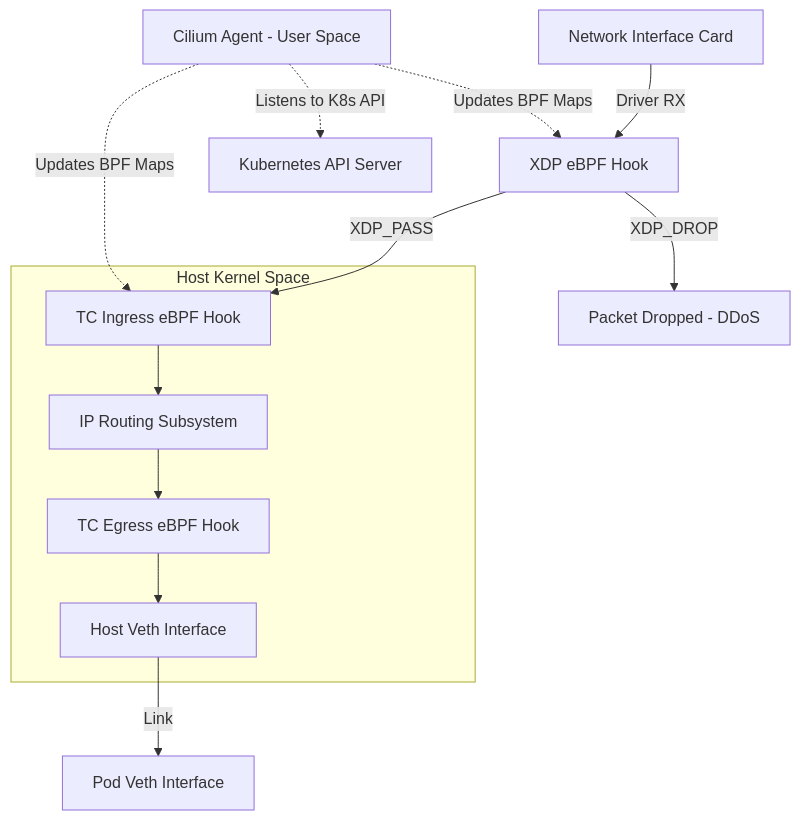
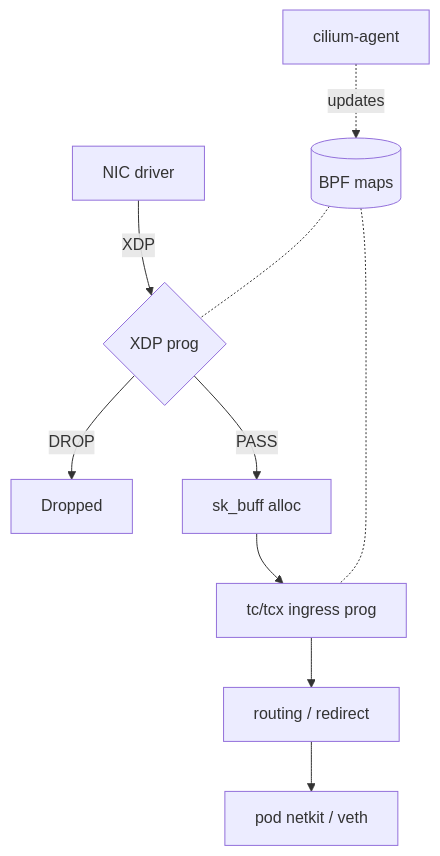
The diagram in skills/cloud-native/ebpf-networking/SKILL.md (j4flmao/agent-skills), drawn with Mermaid before and after one commit. The commit also changed other lines of this file and 1218 other files, not shown here.

````diff
--- a/skills/cloud-native/ebpf-networking/SKILL.md
+++ b/skills/cloud-native/ebpf-networking/SKILL.md
@@ -23,19 +61,12 @@
 ```mermaid
-%%{init: {"theme": "default", "flowchart": {"useMaxWidth": true}}}%%
 flowchart TD
-    NIC[Network Interface Card] -->|Driver RX| XDP[XDP eBPF Hook]
-    XDP -->|XDP_PASS| TC_Ingress[TC Ingress eBPF Hook]
-    XDP -->|XDP_DROP| Dropped[Packet Dropped - DDoS]
-    
-    subgraph "Host Kernel Space"
-        TC_Ingress --> Routing[IP Routing Subsystem]
-        Routing --> TC_Egress[TC Egress eBPF Hook]
-        TC_Egress --> VethHost[Host Veth Interface]
-    end
-    
-    VethHost -- Link --> VethPod[Pod Veth Interface]
-    
-    CiliumAgent[Cilium Agent - User Space] -. "Updates BPF Maps" .-> TC_Ingress
-    CiliumAgent -. "Updates BPF Maps" .-> XDP
-    CiliumAgent -. "Listens to K8s API" .-> K8sAPI[Kubernetes API Server]
+  NIC[NIC driver] -->|XDP| X{XDP prog}
+  X -->|DROP| D[Dropped]
+  X -->|PASS| SKB[sk_buff alloc]
+  SKB --> TCI[tc/tcx ingress prog]
+  TCI --> RT[routing / redirect]
+  RT --> POD[pod netkit / veth]
+  Agent[cilium-agent] -. updates .-> Maps[(BPF maps)]
+  Maps -.- X
+  Maps -.- TCI
 ```
````
